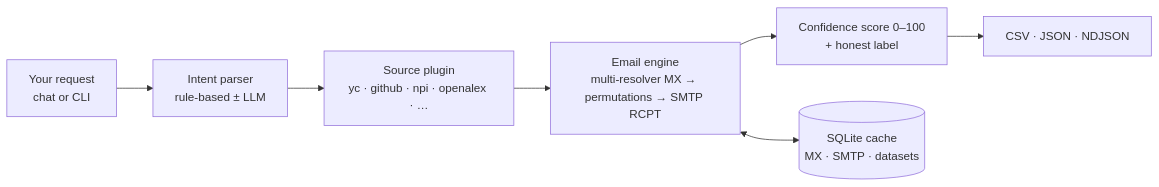
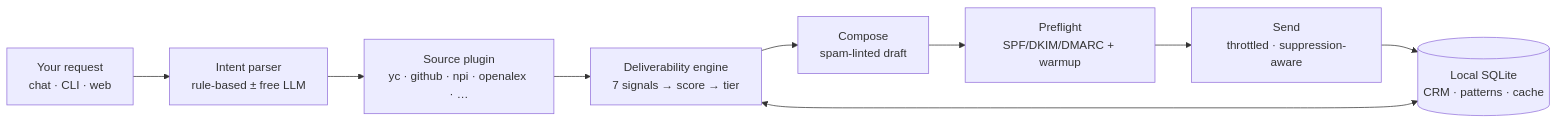
Before and after one commit to Samyrrrrrr990/openleads: the diagram in README.md, drawn with Mermaid. The commit also changed other lines of this file and 27 other files, not shown here.

````diff
--- a/README.md
+++ b/README.md
@@ -169,9 +199,11 @@
 ```mermaid
 flowchart LR
-    Q[Your request<br/>chat or CLI] --> I[Intent parser<br/>rule-based ± LLM]
+    Q[Your request<br/>chat · CLI · web] --> I[Intent parser<br/>rule-based ± free LLM]
     I --> S[Source plugin<br/>yc · github · npi · openalex · …]
-    S --> E[Email engine<br/>multi-resolver MX → permutations → SMTP RCPT]
-    E --> C[Confidence score 0–100<br/>+ honest label]
-    C --> O[CSV · JSON · NDJSON]
-    E <--> K[(SQLite cache<br/>MX · SMTP · datasets)]
+    S --> E[Deliverability engine<br/>7 signals → score → tier]
+    E --> W[Compose<br/>spam-linted draft]
+    W --> P[Preflight<br/>SPF/DKIM/DMARC + warmup]
+    P --> D[Send<br/>throttled · suppression-aware]
+    D --> C[(Local SQLite<br/>CRM · patterns · cache)]
+    E <--> C
 ```
````
